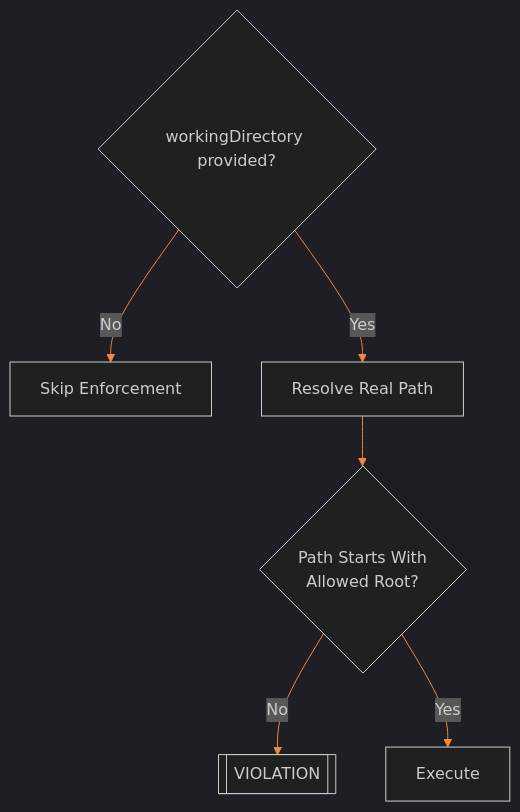
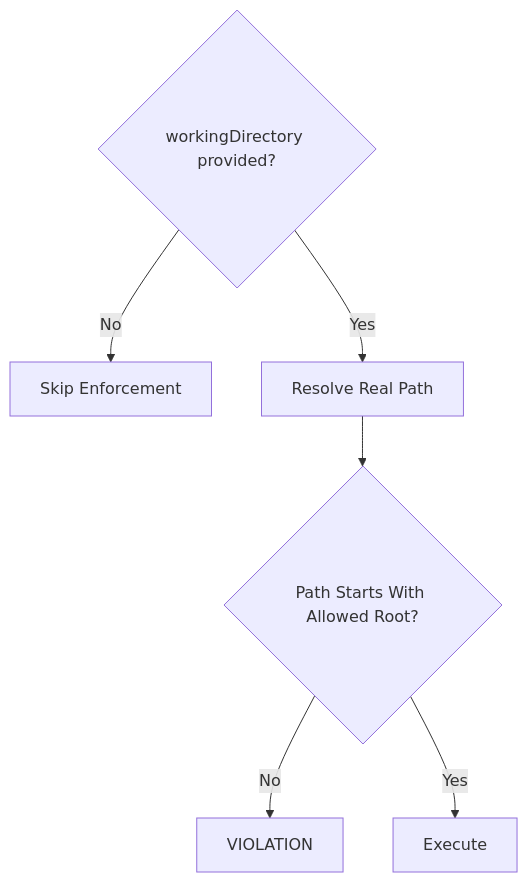
Before and after one commit to jagilber-org/powershell-mcp-server: the fifth of 11 diagrams in docs/ARCHITECTURE.md, drawn with Mermaid. The commit also changed other lines of this file and 52 other files, not shown here.

````diff
--- a/docs/ARCHITECTURE.md
+++ b/docs/ARCHITECTURE.md
@@ -172,9 +167,8 @@
 ```mermaid
-%%{init: {"theme":"dark","themeVariables": {"primaryColor": "#1e2730","primaryTextColor":"#e6f1ff","primaryBorderColor":"#c9d1d9","lineColor":"#f0883e","secondaryColor":"#2a3542","tertiaryColor":"#16202a"}}}%%
 flowchart TD
     A{workingDirectory provided?} -->|No| SKIP[Skip Enforcement]
     A -->|Yes| RESOLVE[Resolve Real Path]
-    RESOLVE --> VALID{Path Starts With\nAllowed Root?}
-    VALID -->|No| BLOCK[[VIOLATION]]
+    RESOLVE --> VALID{Path Starts With Allowed Root?}
+    VALID -->|No| BLOCK[VIOLATION]
     VALID -->|Yes| CONT[Execute]
 ```
````
